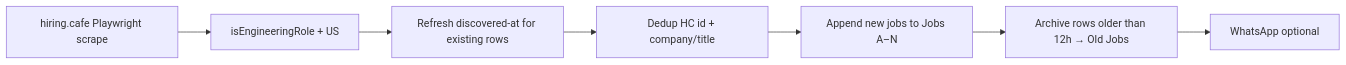
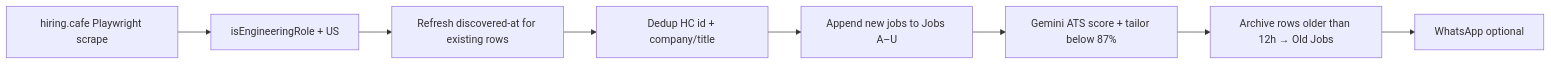
Before and after one commit to koundinyapidaparthydev/koundinyaportfolio: the diagram in docs/JOBS-PIPELINE.md, drawn with Mermaid. The commit also changed other lines of this file and 20 other files, not shown here.

````diff
--- a/docs/JOBS-PIPELINE.md
+++ b/docs/JOBS-PIPELINE.md
@@ -15,10 +15,11 @@
 ```mermaid
 flowchart LR
   HC[hiring.cafe Playwright scrape]
   HC --> Filter[isEngineeringRole + US]
   Filter --> Refresh[Refresh discovered-at for existing rows]
   Refresh --> Dedup[Dedup HC id + company/title]
-  Dedup --> Sheet[Append new jobs to Jobs A–N]
-  Sheet --> Archive[Archive rows older than 12h → Old Jobs]
+  Dedup --> Sheet[Append new jobs to Jobs A–U]
+  Sheet --> ATS[Gemini ATS score + tailor below 87%]
+  ATS --> Archive[Archive rows older than 12h → Old Jobs]
   Archive --> Notify[WhatsApp optional]
 ```
````
